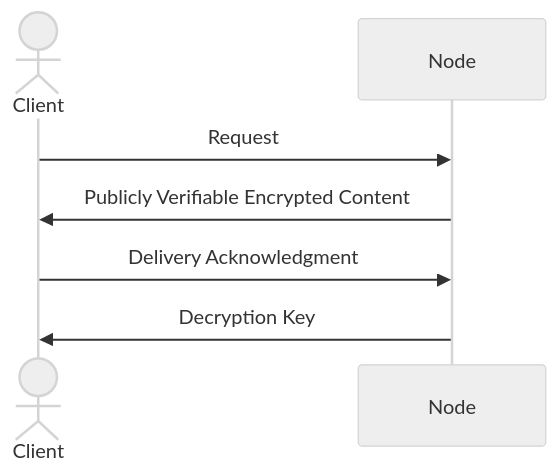
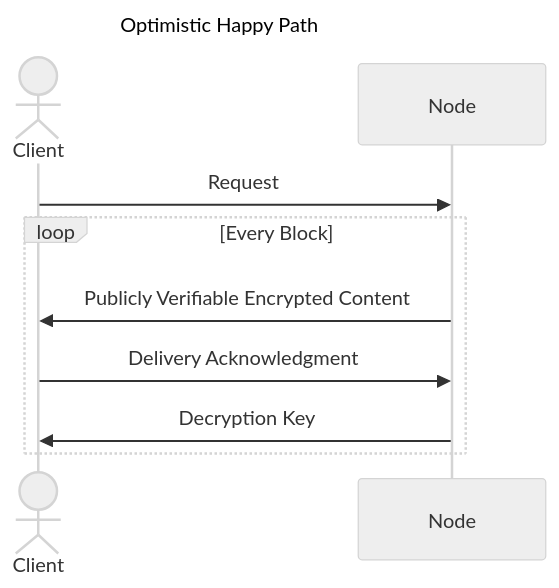
Before and after one commit to fleek-network/ursa: the first of 2 diagrams in crates/ursa-pod/spec/README.md, drawn with Mermaid (neutral theme). The commit also changed other lines of this file, not shown here.

````diff
--- a/crates/ursa-pod/spec/README.md
+++ b/crates/ursa-pod/spec/README.md
@@ -36,9 +36,14 @@
 ```mermaid
+---
+title: Optimistic Happy Path
+---
 sequenceDiagram
     actor Client
     participant Node
     Client->>Node: Request
-    Node->>Client: Publicly Verifiable Encrypted Content
-    Client->>Node: Delivery Acknowledgment
-    Node->>Client: Decryption Key
+    loop Every Block
+      Node->>Client: Publicly Verifiable Encrypted Content
+      Client->>Node: Delivery Acknowledgment
+      Node->>Client: Decryption Key
+    end
 ```
````
